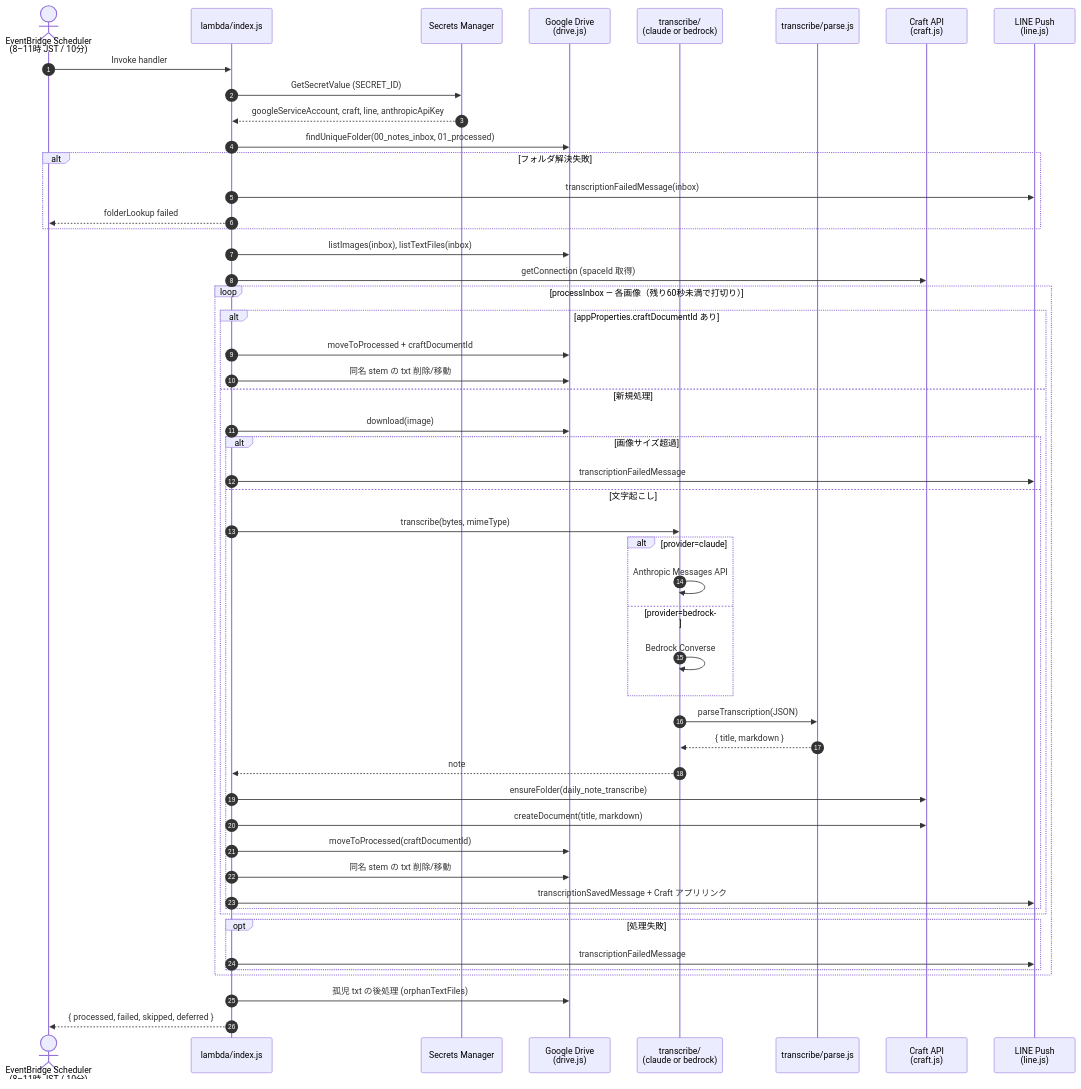
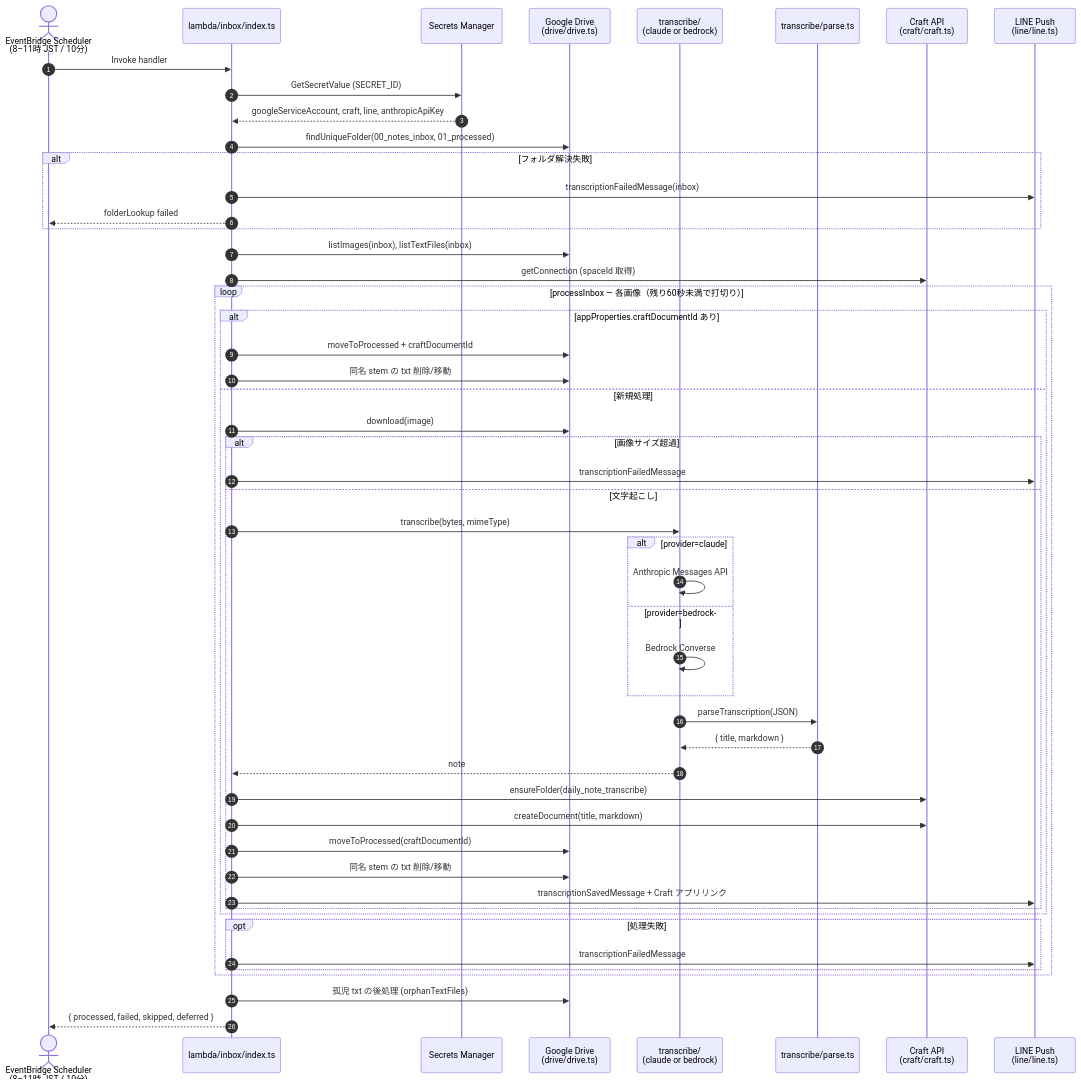
One commit to suzy1031/transcribe-save-to-notes-app changed the first of 5 diagrams in specifications/request-sequence.md. Above: the diagram before and after it, drawn with Mermaid. The commit also changed other lines of this file and 3 other files, not shown here.

Commit message:
docs: specifications/ 配下の設計書・シーケンス図を TypeScript・Bun 移行後の構成に更新する

````diff
--- a/specifications/request-sequence.md
+++ b/specifications/request-sequence.md
@@ -23,58 +23,58 @@
 ```mermaid
 sequenceDiagram
     autonumber
     actor Scheduler as EventBridge Scheduler<br/>(8–11時 JST / 10分)
-    participant Handler as lambda/index.js
+    participant Handler as lambda/inbox/index.ts
     participant SM as Secrets Manager
-    participant Drive as Google Drive<br/>(drive.js)
+    participant Drive as Google Drive<br/>(drive/drive.ts)
     participant Transcribe as transcribe/<br/>(claude or bedrock)
-    participant Parse as transcribe/parse.js
-    participant Craft as Craft API<br/>(craft.js)
-    participant Line as LINE Push<br/>(line.js)
+    participant Parse as transcribe/parse.ts
+    participant Craft as Craft API<br/>(craft/craft.ts)
+    participant Line as LINE Push<br/>(line/line.ts)
 
     Scheduler->>Handler: Invoke handler
     Handler->>SM: GetSecretValue (SECRET_ID)
     SM-->>Handler: googleServiceAccount, craft, line, anthropicApiKey
 
     Handler->>Drive: findUniqueFolder(00_notes_inbox, 01_processed)
     alt フォルダ解決失敗
         Handler->>Line: transcriptionFailedMessage(inbox)
         Handler-->>Scheduler: folderLookup failed
     end
 
     Handler->>Drive: listImages(inbox), listTextFiles(inbox)
     Handler->>Craft: getConnection (spaceId 取得)
 
     loop processInbox — 各画像（残り60秒未満で打切り）
         alt appProperties.craftDocumentId あり
             Handler->>Drive: moveToProcessed + craftDocumentId
             Handler->>Drive: 同名 stem の txt 削除/移動
         else 新規処理
             Handler->>Drive: download(image)
             alt 画像サイズ超過
                 Handler->>Line: transcriptionFailedMessage
             else 文字起こし
                 Handler->>Transcribe: transcribe(bytes, mimeType)
                 alt provider=claude
                     Transcribe->>Transcribe: Anthropic Messages API
                 else provider=bedrock
                     Transcribe->>Transcribe: Bedrock Converse
                 end
                 Transcribe->>Parse: parseTranscription(JSON)
                 Parse-->>Transcribe: { title, markdown }
                 Transcribe-->>Handler: note
                 Handler->>Craft: ensureFolder(daily_note_transcribe)
                 Handler->>Craft: createDocument(title, markdown)
                 Handler->>Drive: moveToProcessed(craftDocumentId)
                 Handler->>Drive: 同名 stem の txt 削除/移動
                 Handler->>Line: transcriptionSavedMessage + Craft アプリリンク
             end
         end
         opt 処理失敗
             Handler->>Line: transcriptionFailedMessage
         end
     end
 
     Handler->>Drive: 孤児 txt の後処理 (orphanTextFiles)
     Handler-->>Scheduler: { processed, failed, skipped, deferred }
 ```
````
